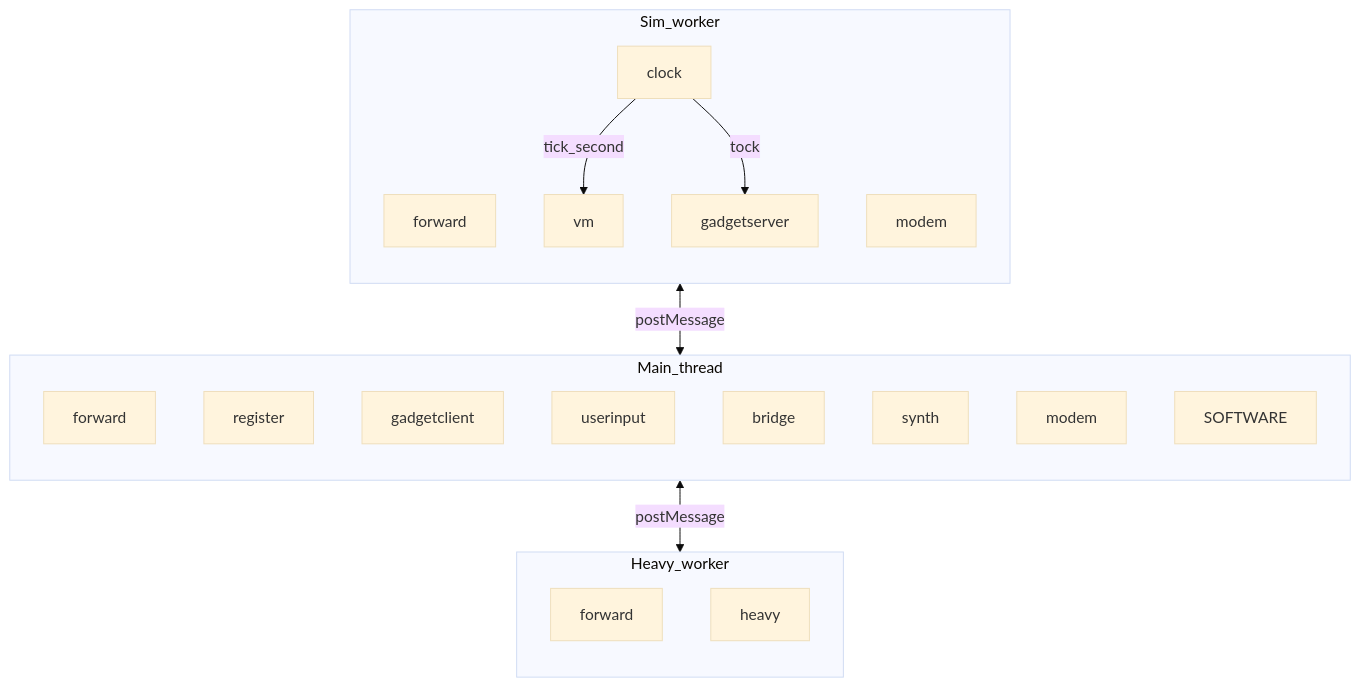
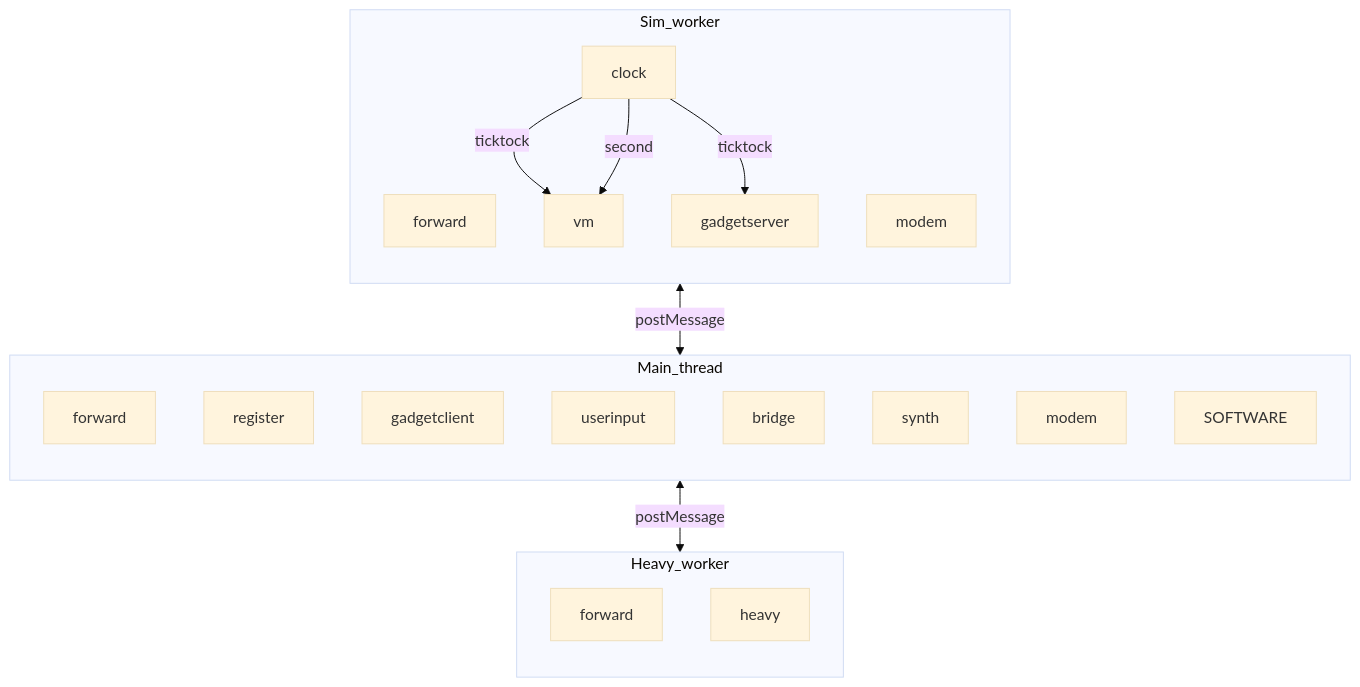
The second of 4 diagrams in zss/device/docs/devices-and-messaging.md (goldbuick/zed-software-system), drawn with Mermaid (base theme) before and after one commit. The commit also changed other lines of this file and 14 other files, not shown here.

````diff
--- a/zss/device/docs/devices-and-messaging.md
+++ b/zss/device/docs/devices-and-messaging.md
@@ -121,31 +121,32 @@
 ```mermaid
 flowchart TB
   subgraph Sim_worker [Sim_worker]
     direction TB
     Fw[forward]
     Cl[clock]
     VM[vm]
     GS[gadgetserver]
     MdW[modem]
-    Cl -->|tick_second| VM
-    Cl -->|tock| GS
+    Cl -->|ticktock| VM
+    Cl -->|second| VM
+    Cl -->|ticktock| GS
   end
   subgraph Main_thread [Main_thread]
     direction TB
     Fm[forward]
     Reg[register]
     GC[gadgetclient]
     UI[userinput]
     Br[bridge]
     Sy[synth]
     MdM[modem]
     SW[SOFTWARE]
   end
   subgraph Heavy_worker [Heavy_worker]
     direction TB
     Fh[forward]
     Hy[heavy]
   end
   Fw <-->|postMessage| Fm
   Fm <-->|postMessage| Fh
 ```
````
